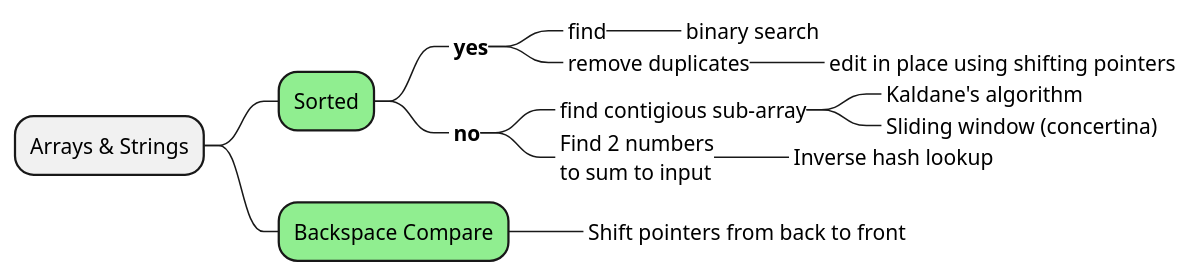
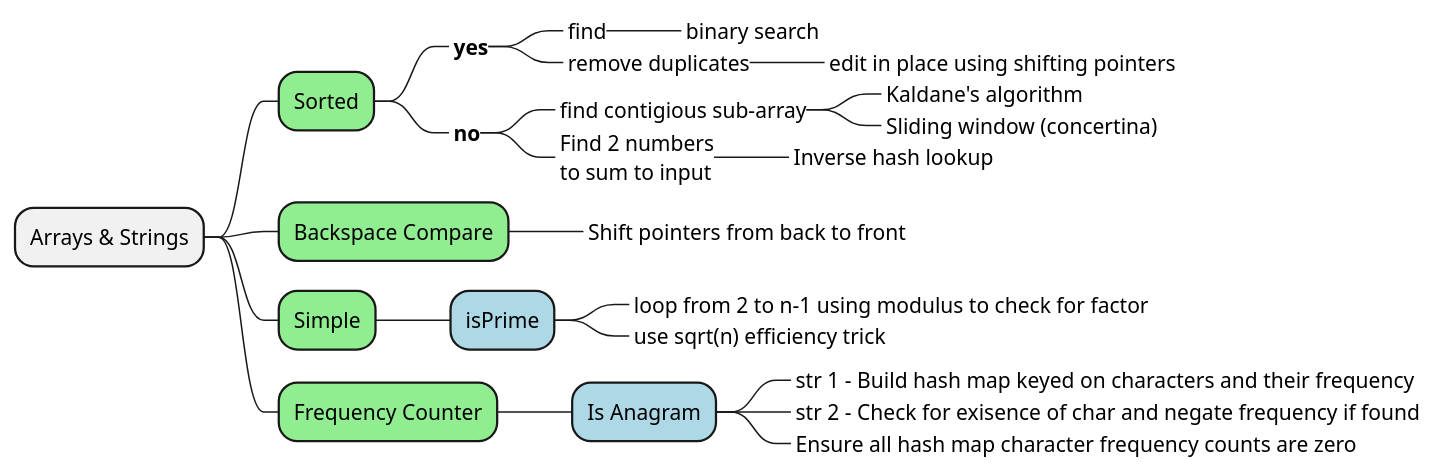
Before and after one commit to bobbyache/study-diagrams: the diagram in alvin/arrays-and-strings.plantuml, drawn with PlantUML.

Commit message:
Modified arrays and strings

```diff
--- a/alvin/arrays-and-strings.plantuml
+++ b/alvin/arrays-and-strings.plantuml
@@ -1,19 +1,29 @@
 @startmindmap
 
 + Arrays & Strings
 ++[#lightgreen] Sorted
 +++_ **yes**
 ++++_ find
 +++++_ binary search
 ++++_ remove duplicates
 +++++_ edit in place using shifting pointers
 +++_ **no**
 ++++_ find contigious sub-array
 +++++_ Kaldane's algorithm
 +++++_ Sliding window (concertina)
 ++++_ Find 2 numbers\nto sum to input
 +++++_ Inverse hash lookup
 ++[#lightgreen] Backspace Compare
 +++_ Shift pointers from back to front
+++[#lightgreen] Simple
++++[#lightblue] isPrime
+++++_ loop from 2 to n-1 using modulus to check for factor
+++++_ use sqrt(n) efficiency trick
+++[#lightgreen] Frequency Counter
++++[#lightblue] Is Anagram
+++++_ str 1 - Build hash map keyed on characters and their frequency
+++++_ str 2 - Check for exisence of char and negate frequency if found
+++++_ Ensure all hash map character frequency counts are zero
+
 
 @endmindmap
```
